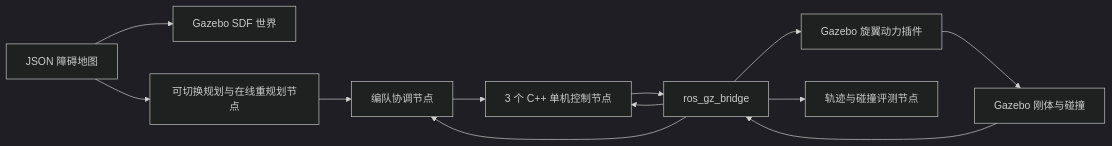
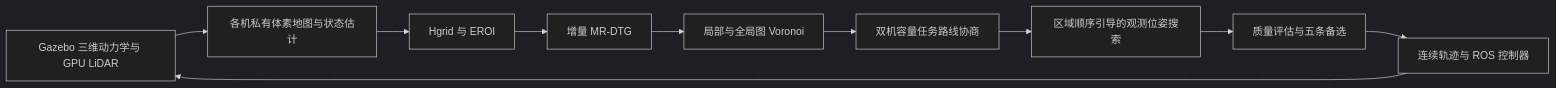
Before and after one commit to Wu-Chenjie/Annual-Project: the diagram in README.md, drawn with Mermaid (dark theme). The commit also changed other lines of this file and 31 other files, not shown here.

````diff
--- a/README.md
+++ b/README.md
@@ -16,14 +16,12 @@
 ```mermaid
 flowchart LR
-  Map[JSON 障碍地图] --> World[Gazebo SDF 世界]
-  Map --> Planner[可切换规划与在线重规划节点]
-  Planner --> Formation[编队协调节点]
-  Formation --> Controllers[3 个 C++ 单机控制节点]
-  Controllers --> Bridge[ros_gz_bridge]
-  Bridge --> Motors[Gazebo 旋翼动力插件]
-  Motors --> Physics[Gazebo 刚体与碰撞]
-  Physics --> Bridge
-  Bridge --> Controllers
-  Bridge --> Formation
-  Bridge --> Metrics[轨迹与碰撞评测节点]
+  G[Gazebo 三维动力学与 GPU LiDAR] --> M[各机私有体素地图与状态估计]
+  M --> H[Hgrid 与 EROI]
+  H --> T[增量 MR-DTG]
+  T --> V[局部与全局图 Voronoi]
+  V --> P[双机容量任务路线协商]
+  P --> O[区域顺序引导的观测位姿搜索]
+  O --> Q[质量评估与五条备选]
+  Q --> C[连续轨迹与 ROS 控制器]
+  C --> G
 ```
````
